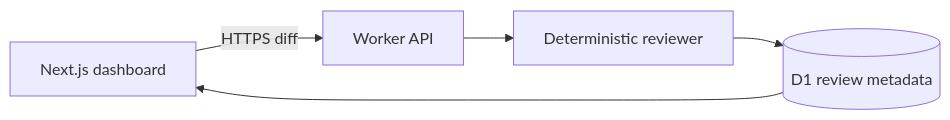
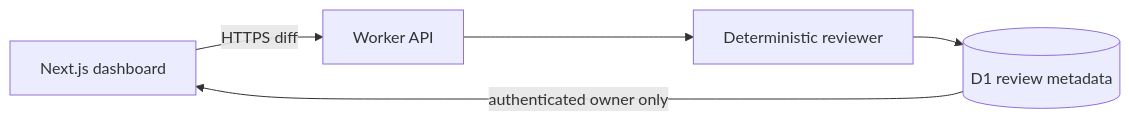
One commit to kylinxiong83-spec/ReviewForge changed the first of 2 diagrams in README.md. Above: the diagram before and after it, drawn with Mermaid. The commit also changed other lines of this file, not shown here.

Commit message:
docs: document owner-only review history

````diff
--- a/README.md
+++ b/README.md
@@ -26,7 +26,7 @@
 ```mermaid
 flowchart LR
   Browser[Next.js dashboard] -->|HTTPS diff| Edge[Worker API]
   Edge --> Rules[Deterministic reviewer]
   Rules --> History[(D1 review metadata)]
-  History --> Browser
+  History -->|authenticated owner only| Browser
 ```
````
